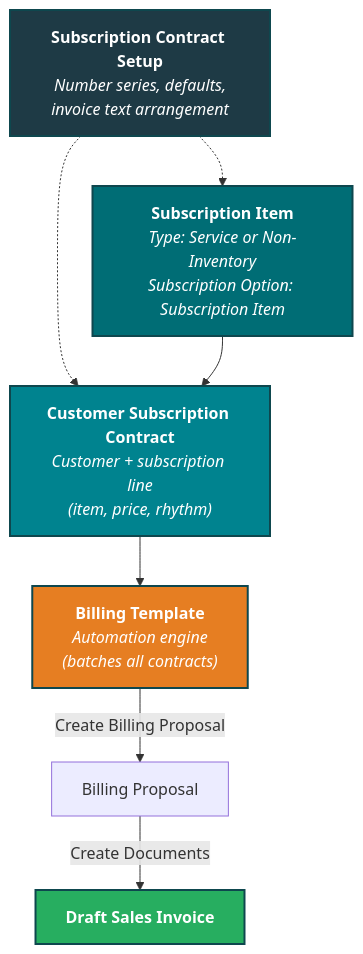
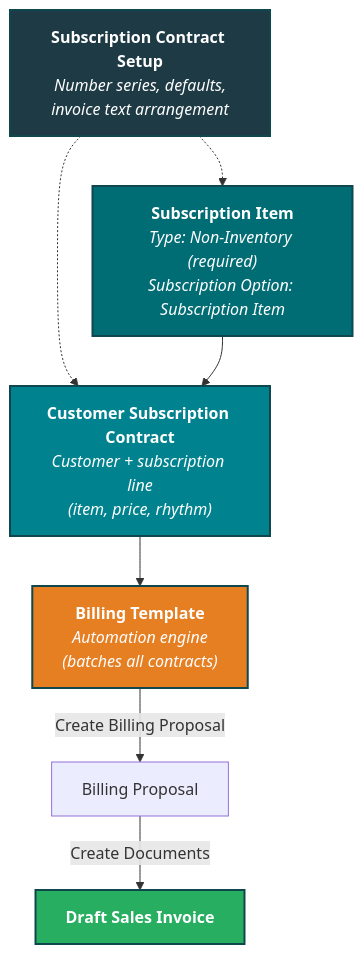
One commit to tentixo/chris-business-central changed the fourth of 6 diagrams in ai/reports/bc-best-practice-playbook.md. Above: the diagram before and after it, drawn with Mermaid. The commit also changed other lines of this file and 3 other files, not shown here.

First line of the commit message:
Revert subscription-item type to Non-Inventory (required) — test-confirmed

````diff
--- a/ai/reports/bc-best-practice-playbook.md
+++ b/ai/reports/bc-best-practice-playbook.md
@@ -352,22 +352,22 @@
 ```mermaid
 graph TD
     SETUP["<b>Subscription Contract Setup</b><br/><i>Number series, defaults,<br/>invoice text arrangement</i>"]
-    ITEM["<b>Subscription Item</b><br/><i>Type: Service or Non-Inventory<br/>Subscription Option: Subscription Item</i>"]
+    ITEM["<b>Subscription Item</b><br/><i>Type: Non-Inventory (required)<br/>Subscription Option: Subscription Item</i>"]
     CONTRACT["<b>Customer Subscription Contract</b><br/><i>Customer + subscription line<br/>(item, price, rhythm)</i>"]
     TEMPLATE["<b>Billing Template</b><br/><i>Automation engine<br/>(batches all contracts)</i>"]
     PROPOSAL["Billing Proposal"]
     INVOICE["<b>Draft Sales Invoice</b>"]
 
     SETUP -.-> ITEM
     SETUP -.-> CONTRACT
     ITEM --> CONTRACT
     CONTRACT --> TEMPLATE
     TEMPLATE -->|"Create Billing Proposal"| PROPOSAL
     PROPOSAL -->|"Create Documents"| INVOICE
 
     style SETUP fill:#1E3A45,stroke:#0E474E,stroke-width:2px,color:#fff
     style ITEM fill:#006D75,stroke:#0E474E,stroke-width:2px,color:#fff
     style CONTRACT fill:#00838F,stroke:#0E474E,stroke-width:2px,color:#fff
     style TEMPLATE fill:#E67E22,stroke:#0E474E,stroke-width:2px,color:#fff
     style INVOICE fill:#27AE60,stroke:#0E474E,stroke-width:2px,color:#fff
 ```
````
